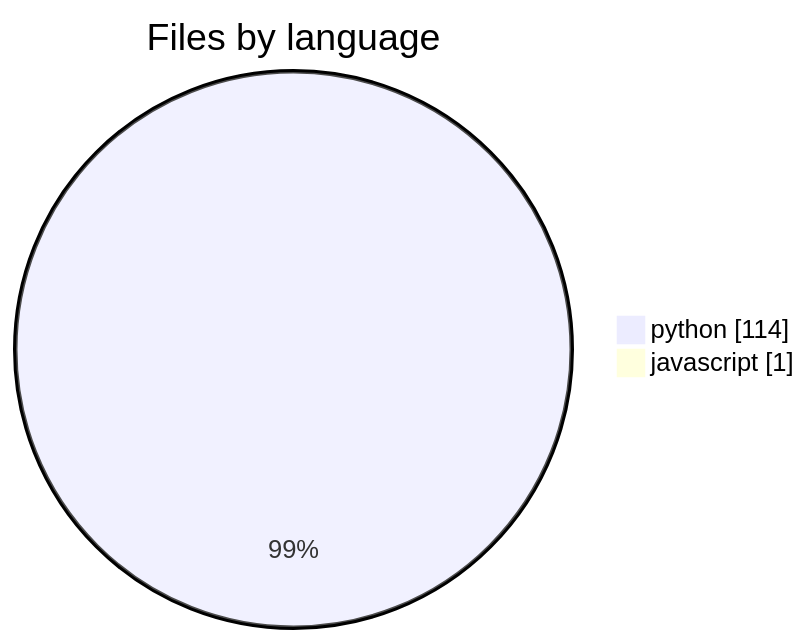
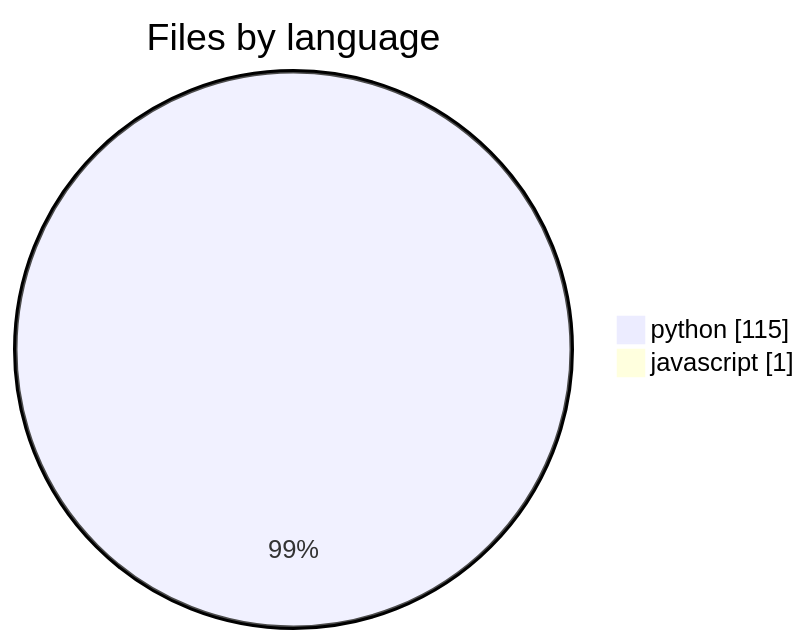
The fourth of 6 diagrams in .mentis/context/architecture.md (wolframs/jspace-probes), drawn with Mermaid before and after one commit. The commit also changed other lines of this file and 59 other files, not shown here.

````diff
--- a/.mentis/context/architecture.md
+++ b/.mentis/context/architecture.md
@@ -38,5 +38,5 @@
 ```mermaid
 pie showData title Files by language
-    "python" : 114
+    "python" : 115
     "javascript" : 1
 ```
````
